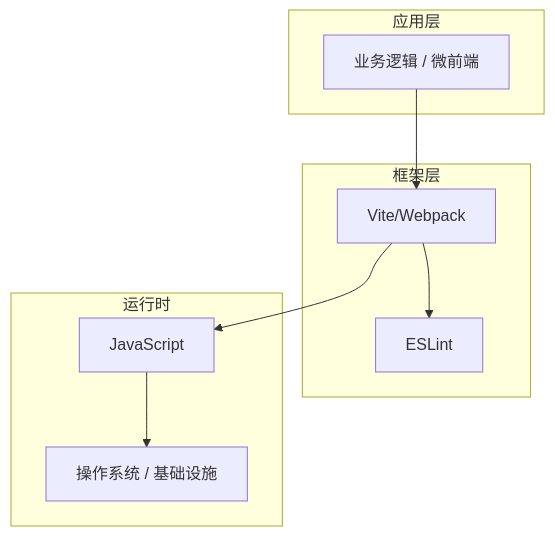
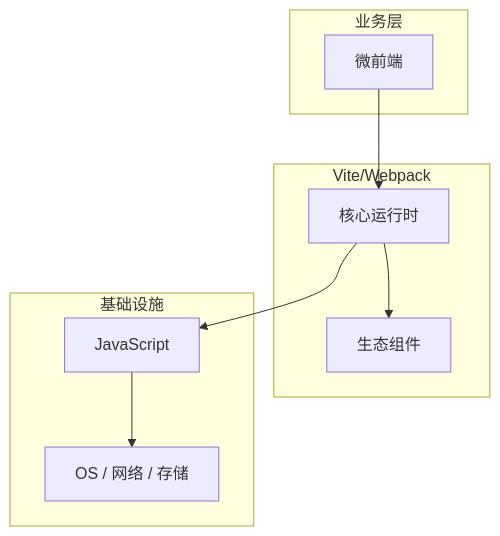
The diagram in articles/前端工程化/chapters/091-微前端核心概念与原理.md (yanggan2015/knowledge-json-v2), drawn with Mermaid before and after one commit. The commit also changed other lines of this file and 10127 other files, not shown here.

````diff
--- a/articles/前端工程化/chapters/091-微前端核心概念与原理.md
+++ b/articles/前端工程化/chapters/091-微前端核心概念与原理.md
@@ -45,18 +34,18 @@
 ```mermaid
 graph TB
-    subgraph 应用层
-        A[业务逻辑 / 微前端]
+    subgraph 业务层
+        A[微前端]
     end
-    subgraph 框架层
-        B[Vite/Webpack]
-        C[ESLint]
+    subgraph Vite/Webpack
+        B[核心运行时]
+        C[生态组件]
     end
-    subgraph 运行时
+    subgraph 基础设施
         D[JavaScript]
-        E[操作系统 / 基础设施]
+        E[OS / 网络 / 存储]
     end
     A --> B
     B --> C
     B --> D
     D --> E
 ```
````
